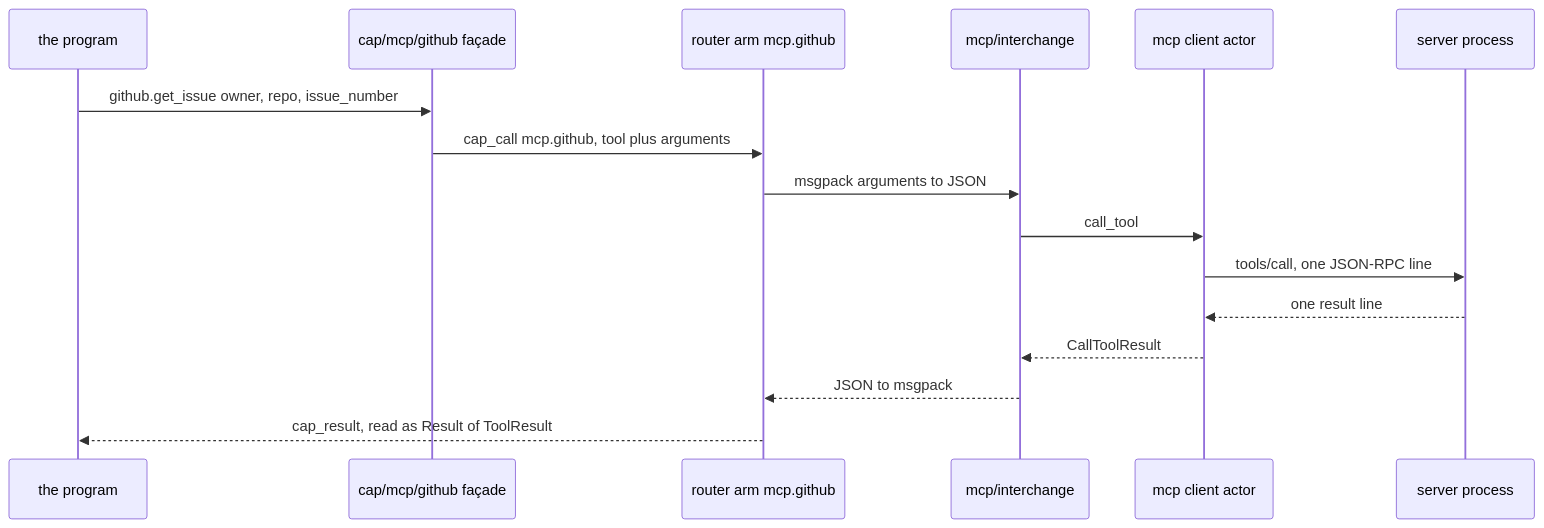
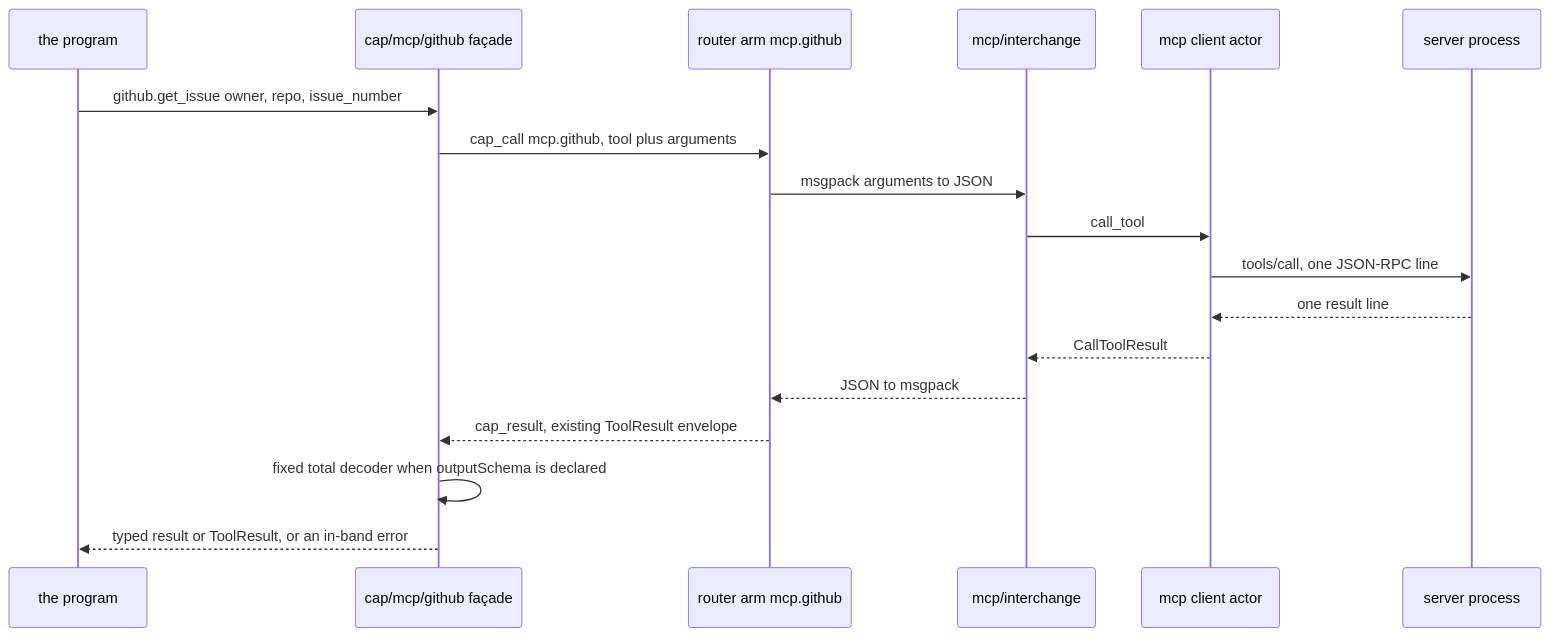
Before and after one commit to Roasbeef/loom: the second of 3 diagrams in docs/architecture/mcp.md, drawn with Mermaid. The commit also changed other lines of this file and 7 other files, not shown here.

````diff
--- a/docs/architecture/mcp.md
+++ b/docs/architecture/mcp.md
@@ -938,18 +1021,20 @@
 ```mermaid
 sequenceDiagram
     participant P as the program
     participant F as cap/mcp/github façade
     participant R as router arm mcp.github
     participant X as mcp/interchange
     participant A as mcp client actor
     participant S as server process
     P->>F: github.get_issue owner, repo, issue_number
     F->>R: cap_call mcp.github, tool plus arguments
     R->>X: msgpack arguments to JSON
     X->>A: call_tool
     A->>S: tools/call, one JSON-RPC line
     S-->>A: one result line
     A-->>X: CallToolResult
     X-->>R: JSON to msgpack
-    R-->>P: cap_result, read as Result of ToolResult
+    R-->>F: cap_result, existing ToolResult envelope
+    F->>F: fixed total decoder when outputSchema is declared
+    F-->>P: typed result or ToolResult, or an in-band error
 ```
````
